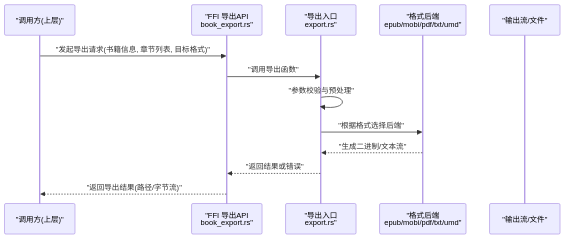
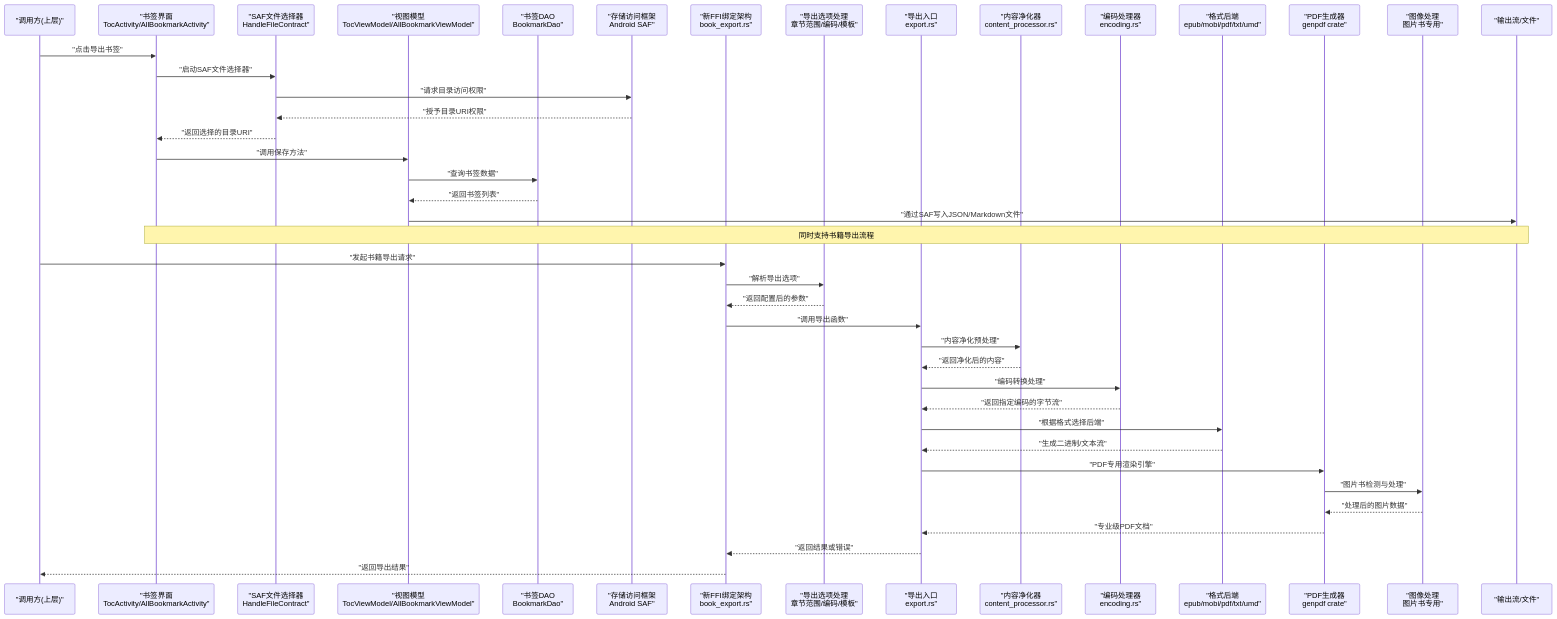
Before and after one commit to ZhangGHGitHub/LegadoTeamFlutter: the second of 7 diagrams in .qoder/repowiki/zh/content/书籍处理系统/导出功能.md, drawn with Mermaid. The commit also changed other lines of this file and 173 other files, not shown here.

````diff
--- a/.qoder/repowiki/zh/content/书籍处理系统/导出功能.md
+++ b/.qoder/repowiki/zh/content/书籍处理系统/导出功能.md
@@ -108,15 +140,44 @@
 ```mermaid
 sequenceDiagram
 participant Caller as "调用方(上层)"
-participant FFI as "FFI 导出API<br/>book_export.rs"
+participant BookmarkUI as "书签界面<br/>TocActivity/AllBookmarkActivity"
+participant FilePicker as "SAF文件选择器<br/>HandleFileContract"
+participant ViewModel as "视图模型<br/>TocViewModel/AllBookmarkViewModel"
+participant DAO as "书签DAO<br/>BookmarkDao"
+participant SAF as "存储访问框架<br/>Android SAF"
+participant FFI as "新FFI绑定架构<br/>book_export.rs"
+participant Options as "导出选项处理<br/>章节范围/编码/模板"
 participant Exporter as "导出入口<br/>export.rs"
+participant Purifier as "内容净化器<br/>content_processor.rs"
+participant Encoder as "编码处理器<br/>encoding.rs"
 participant Backend as "格式后端<br/>epub/mobi/pdf/txt/umd"
+participant PDFGen as "PDF生成器<br/>genpdf crate"
+participant ImageProc as "图像处理<br/>图片书专用"
 participant Output as "输出流/文件"
-Caller->>FFI : "发起导出请求(书籍信息, 章节列表, 目标格式)"
+Caller->>BookmarkUI : "点击导出书签"
+BookmarkUI->>FilePicker : "启动SAF文件选择器"
+FilePicker->>SAF : "请求目录访问权限"
+SAF-->>FilePicker : "授予目录URI权限"
+FilePicker-->>BookmarkUI : "返回选择的目录URI"
+BookmarkUI->>ViewModel : "调用保存方法"
+ViewModel->>DAO : "查询书签数据"
+DAO-->>ViewModel : "返回书签列表"
+ViewModel->>Output : "通过SAF写入JSON/Markdown文件"
+Note over BookmarkUI,Output : 同时支持书籍导出流程
+Caller->>FFI : "发起书籍导出请求"
+FFI->>Options : "解析导出选项"
+Options-->>FFI : "返回配置后的参数"
 FFI->>Exporter : "调用导出函数"
-Exporter->>Exporter : "参数校验与预处理"
+Exporter->>Purifier : "内容净化预处理"
+Purifier-->>Exporter : "返回净化后的内容"
+Exporter->>Encoder : "编码转换处理"
+Encoder-->>Exporter : "返回指定编码的字节流"
 Exporter->>Backend : "根据格式选择后端"
 Backend-->>Exporter : "生成二进制/文本流"
+Exporter->>PDFGen : "PDF专用渲染引擎"
+PDFGen->>ImageProc : "图片书检测与处理"
+ImageProc-->>PDFGen : "处理后的图片数据"
+PDFGen-->>Exporter : "专业级PDF文档"
 Exporter-->>FFI : "返回结果或错误"
-FFI-->>Caller : "返回导出结果(路径/字节流)"
+FFI-->>Caller : "返回导出结果"
 ```
````
